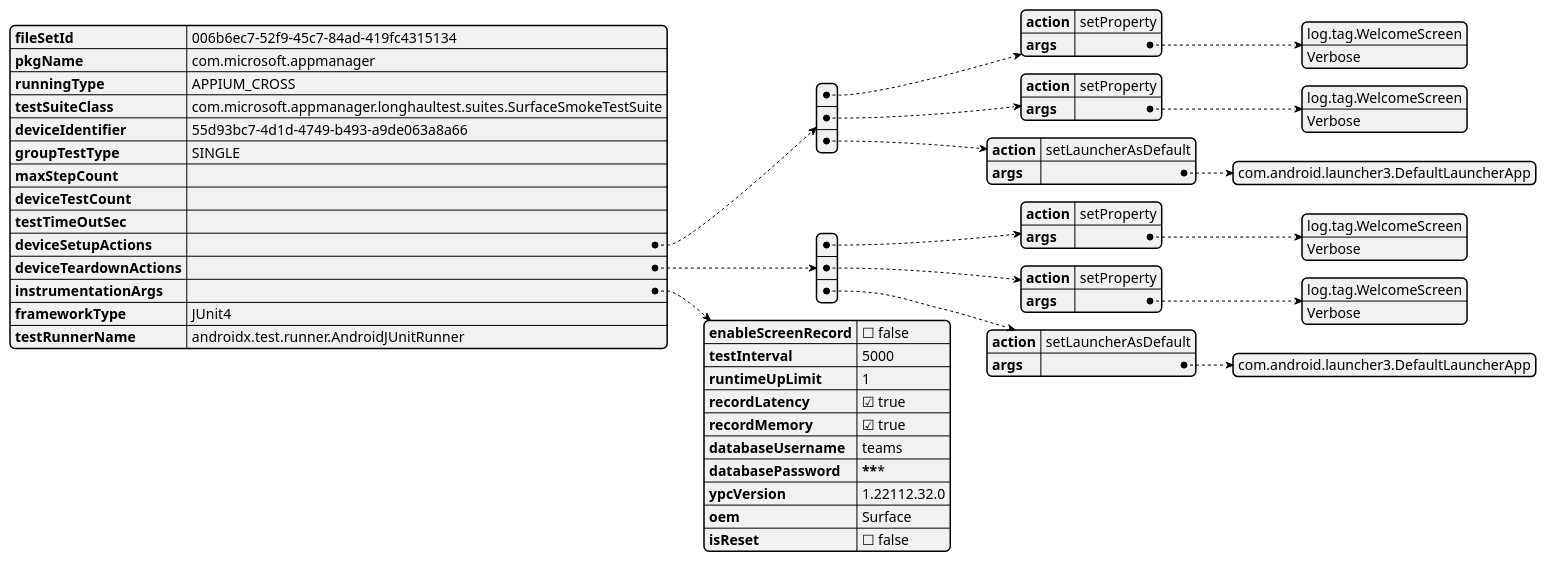
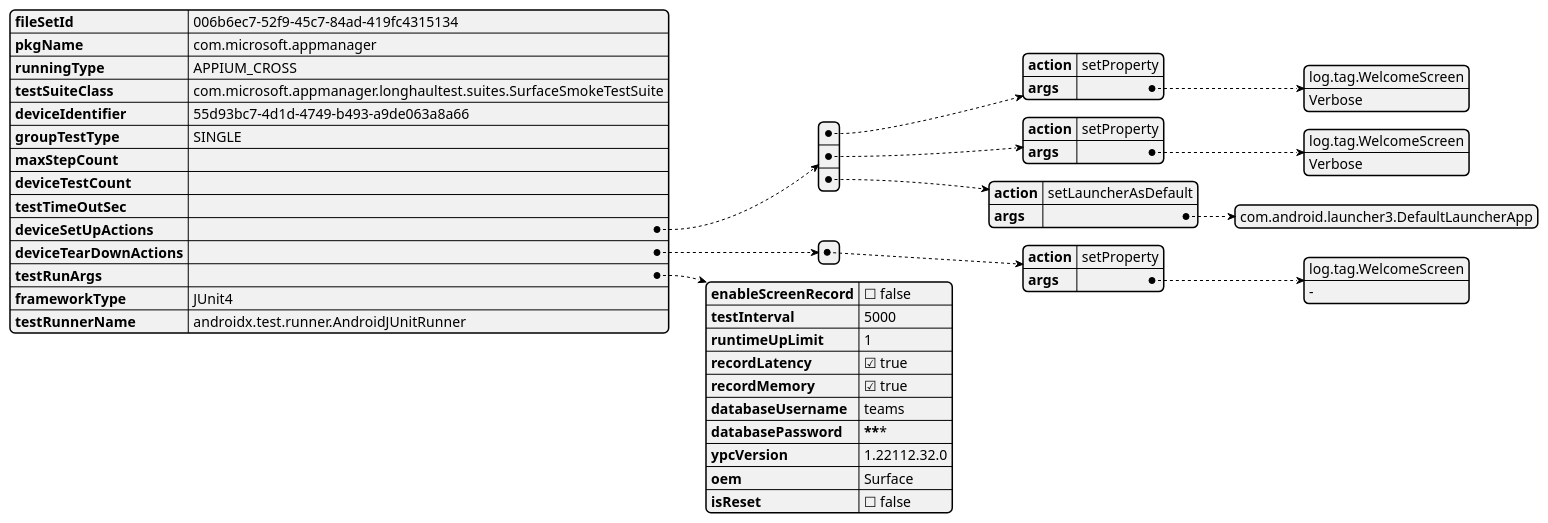
Before and after one commit to microsoft/HydraLab: the third of 6 diagrams in agent/doc/UML/test_runner_design.puml, drawn with PlantUML. The commit also changed other lines of this file and 17 other files, not shown here.

First line of the commit message:
TestRunner refactor round 2, keep decoupling and build test lifecycle: buildDeviceTestTask -> setUp -> run -> tearDown (#181)

```diff
--- a/agent/doc/UML/test_runner_design.puml
+++ b/agent/doc/UML/test_runner_design.puml
@@ -83,53 +67,45 @@
 @startjson
 {
     "fileSetId": "006b6ec7-52f9-45c7-84ad-419fc4315134",
     "pkgName": "com.microsoft.appmanager",
     "runningType": "APPIUM_CROSS",
     "testSuiteClass": "com.microsoft.appmanager.longhaultest.suites.SurfaceSmokeTestSuite",
     "deviceIdentifier": "55d93bc7-4d1d-4749-b493-a9de063a8a66",
     "groupTestType": "SINGLE",
     "maxStepCount": "",
     "deviceTestCount": "",
     "testTimeOutSec": "",
-    "deviceSetupActions":[{
+    "deviceSetUpActions":[{
             "action":"setProperty",
             "args": ["log.tag.WelcomeScreen","Verbose"]
         },
         {
             "action":"setProperty",
             "args": ["log.tag.WelcomeScreen","Verbose"]
         },
         {
             "action":"setLauncherAsDefault",
             "args": ["com.android.launcher3.DefaultLauncherApp"]
         }
     ],
-    "deviceTeardownActions":[{
+    "deviceTearDownActions":[{
             "action":"setProperty",
-            "args": ["log.tag.WelcomeScreen","Verbose"]
-        },
-        {
-            "action":"setProperty",
-            "args": ["log.tag.WelcomeScreen","Verbose"]
-        },
-        {
-            "action":"setLauncherAsDefault",
-            "args": ["com.android.launcher3.DefaultLauncherApp"]
+            "args": ["log.tag.WelcomeScreen","-"]
         }
     ],
-    "instrumentationArgs": {
+    "testRunArgs": {
         "enableScreenRecord": false,
         "testInterval": 5000,
         "runtimeUpLimit": 1,
         "recordLatency": true,
         "recordMemory": true,
         "databaseUsername": "teams",
         "databasePassword": "***********",
         "ypcVersion": "1.22112.32.0",
         "oem": "Surface",
         "isReset": false
     },
     "frameworkType": "JUnit4",
     "testRunnerName": "androidx.test.runner.AndroidJUnitRunner"
 }
 @endjson
```
